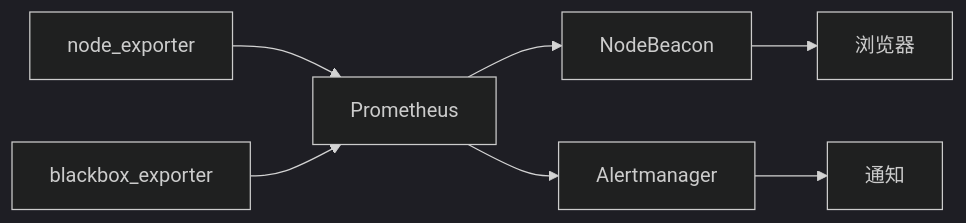
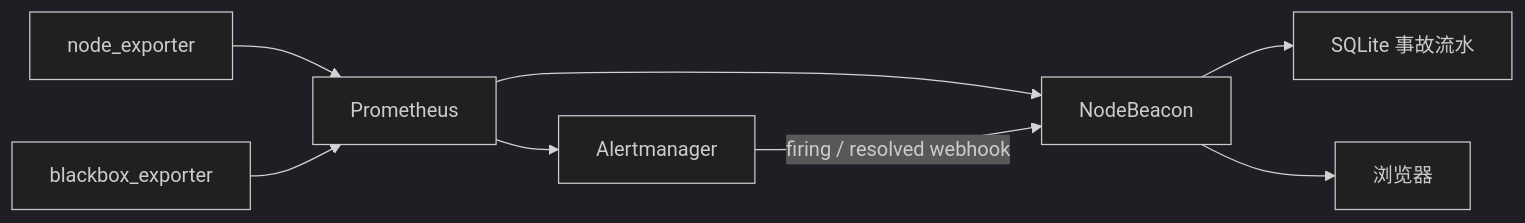
Before and after one commit to xljya/NodeBeacon: the second of 2 diagrams in README.md, drawn with Mermaid (dark theme). The commit also changed other lines of this file and 32 other files, not shown here.

````diff
--- a/README.md
+++ b/README.md
@@ -129,17 +132,18 @@
 ```mermaid
 flowchart LR
     ne["node_exporter"]
     bb["blackbox_exporter"]
     prom["Prometheus"]
     am["Alertmanager"]
     nb["NodeBeacon"]
     ui["浏览器"]
-    notify["通知"]
+    incidents["SQLite 事故流水"]
 
     ne --> prom
     bb --> prom
     prom --> nb
     prom --> am
-    am --> notify
+    am -->|"firing / resolved webhook"| nb
+    nb --> incidents
     nb --> ui
 ```
````
